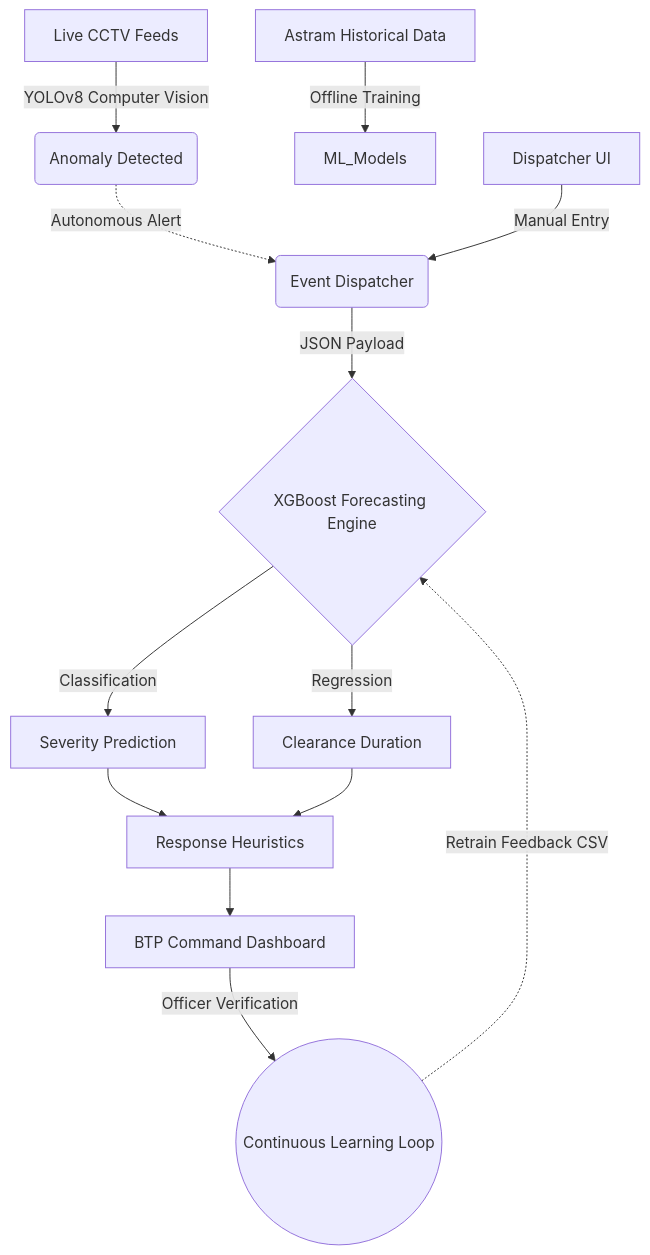
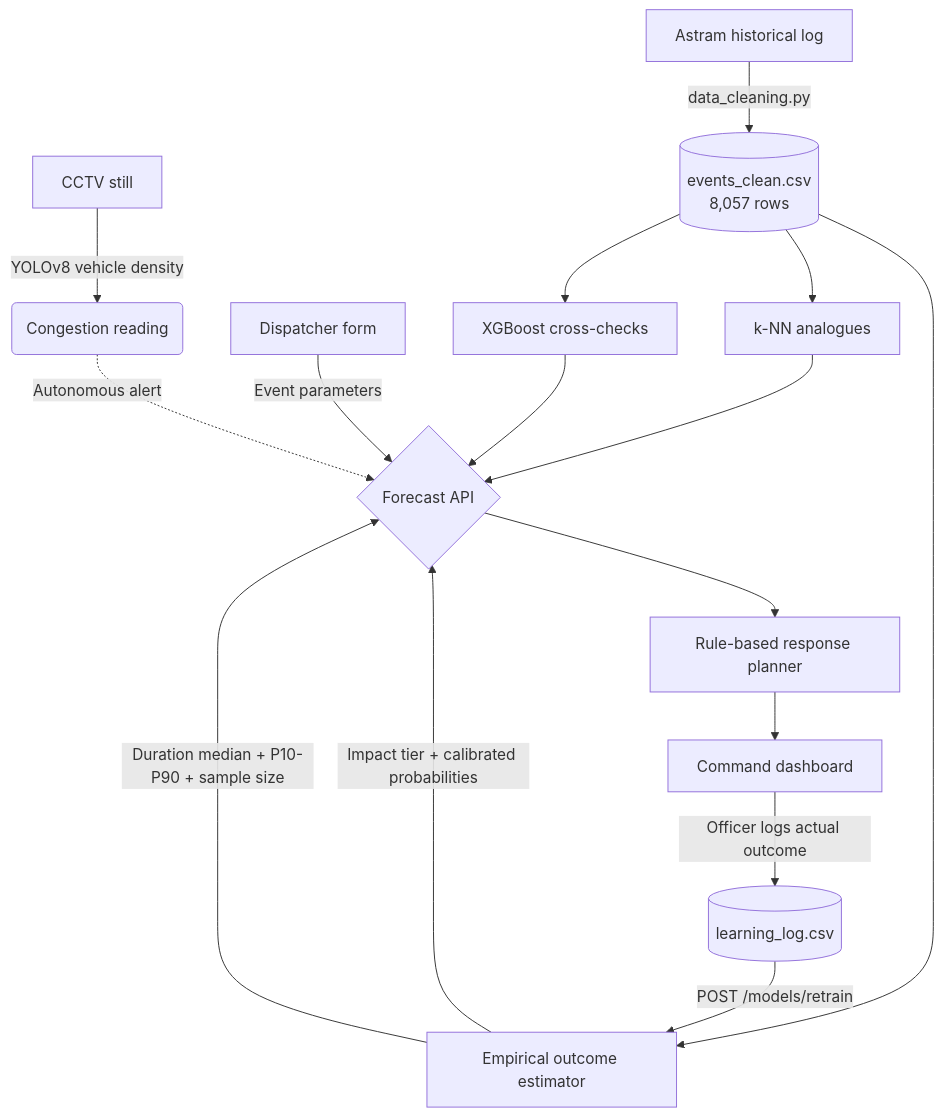
The diagram in architecture.md (ayn-aval/Flipkart_Gridlock), drawn with Mermaid before and after one commit. The commit also changed other lines of this file and 33 other files, not shown here.

````diff
--- a/architecture.md
+++ b/architecture.md
@@ -11,24 +10,18 @@
 ```mermaid
 graph TD
-    %% Inputs
-    A[Live CCTV Feeds] -->|YOLOv8 Computer Vision| B(Anomaly Detected)
-    C[Astram Historical Data] -->|Offline Training| ML_Models
-    
-    %% Triggers
-    B -.->|Autonomous Alert| D(Event Dispatcher)
-    User_Input[Dispatcher UI] -->|Manual Entry| D
-    
-    %% Engine
-    D -->|JSON Payload| E{XGBoost Forecasting Engine}
-    E -->|Classification| F[Severity Prediction]
-    E -->|Regression| G[Clearance Duration]
-    
-    %% Post-processing
-    F --> H[Response Heuristics]
-    G --> H
-    
-    %% UI & Loop
-    H --> I[BTP Command Dashboard]
-    I -->|Officer Verification| J((Continuous Learning Loop))
-    J -.->|Retrain Feedback CSV| E
+    A[CCTV still] -->|YOLOv8 vehicle density| B(Congestion reading)
+    C[Astram historical log] -->|data_cleaning.py| D[(events_clean.csv<br/>8,057 rows)]
+    B -.->|Autonomous alert| E{Forecast API}
+    U[Dispatcher form] -->|Event parameters| E
+
+    D --> F[Empirical outcome estimator]
+    F -->|Impact tier + calibrated probabilities| E
+    F -->|Duration median + P10-P90 + sample size| E
+    D --> G[k-NN analogues] --> E
+    D --> H[XGBoost cross-checks] --> E
+
+    E --> I[Rule-based response planner]
+    I --> J[Command dashboard]
+    J -->|Officer logs actual outcome| K[(learning_log.csv)]
+    K -->|POST /models/retrain| F
 ```
````
